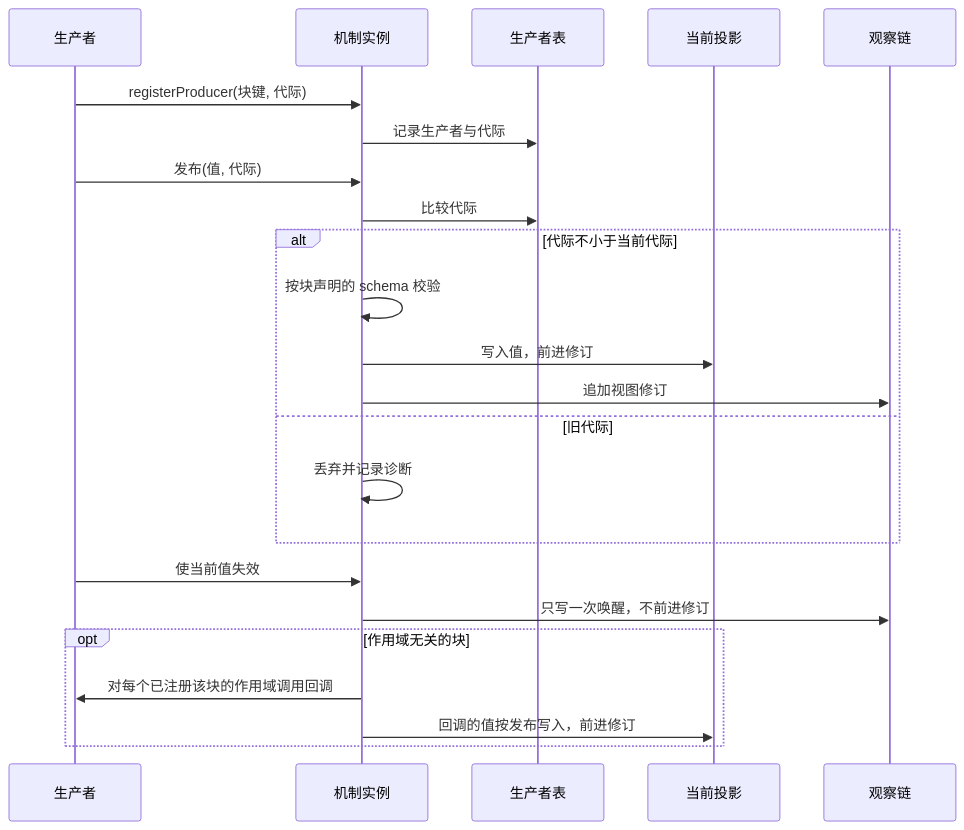
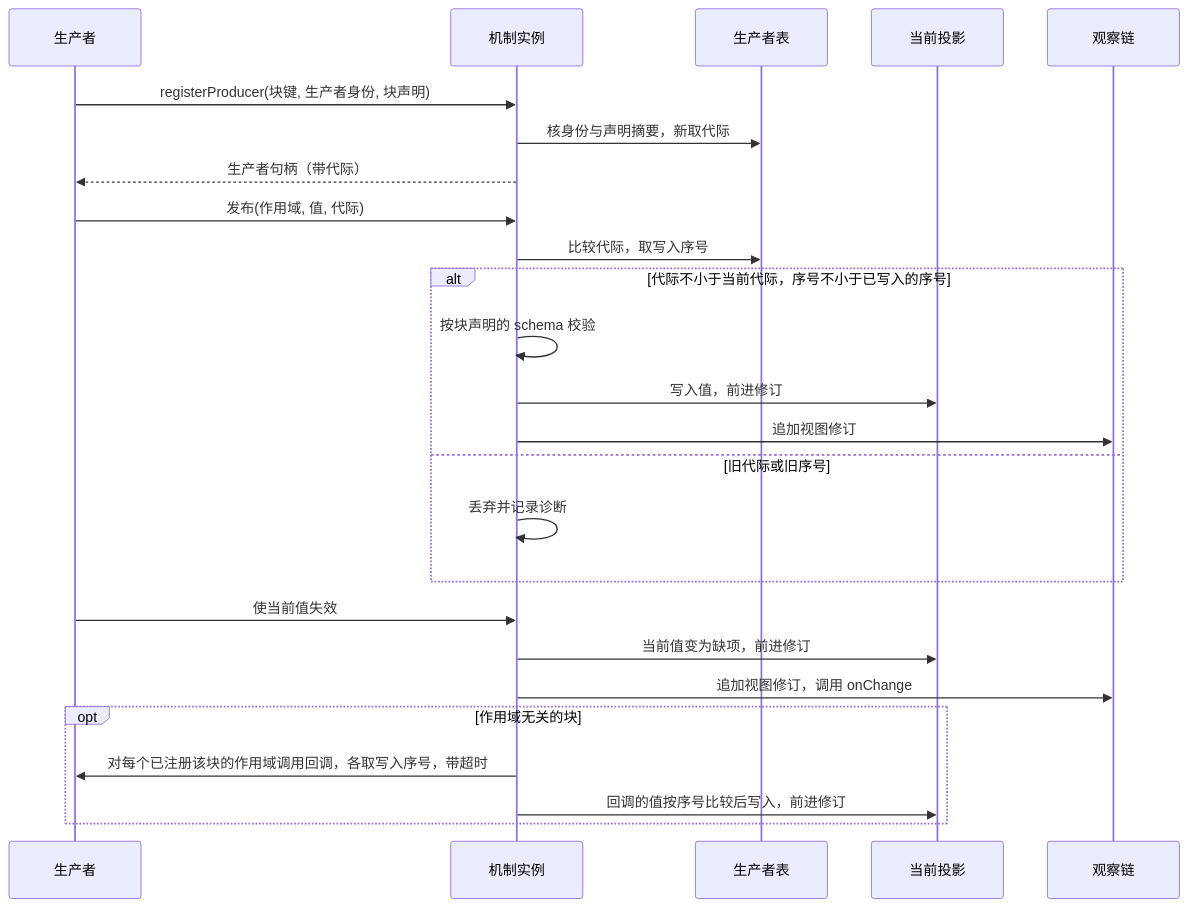
One commit to nemori-ai/omne-harness-lite changed the second of 5 diagrams in packages/context/runtime-context/docs/flows.md. Above: the diagram before and after it, drawn with Mermaid. The commit also changed other lines of this file and 68 other files, not shown here.

````diff
--- a/packages/context/runtime-context/docs/flows.md
+++ b/packages/context/runtime-context/docs/flows.md
@@ -45,25 +56,27 @@
 ```mermaid
 sequenceDiagram
   participant P as 生产者
   participant M as 机制实例
   participant PT as 生产者表
   participant Proj as 当前投影
   participant Obs as 观察链
-  P->>M: registerProducer(块键, 代际)
-  M->>PT: 记录生产者与代际
-  P->>M: 发布(值, 代际)
-  M->>PT: 比较代际
-  alt 代际不小于当前代际
+  P->>M: registerProducer(块键, 生产者身份, 块声明)
+  M->>PT: 核身份与声明摘要，新取代际
+  M-->>P: 生产者句柄（带代际）
+  P->>M: 发布(作用域, 值, 代际)
+  M->>PT: 比较代际，取写入序号
+  alt 代际不小于当前代际，序号不小于已写入的序号
     M->>M: 按块声明的 schema 校验
     M->>Proj: 写入值，前进修订
     M->>Obs: 追加视图修订
-  else 旧代际
+  else 旧代际或旧序号
     M->>M: 丢弃并记录诊断
   end
   P->>M: 使当前值失效
-  M->>Obs: 只写一次唤醒，不前进修订
+  M->>Proj: 当前值变为缺项，前进修订
+  M->>Obs: 追加视图修订，调用 onChange
   opt 作用域无关的块
-    M->>P: 对每个已注册该块的作用域调用回调
-    M->>Proj: 回调的值按发布写入，前进修订
+    M->>P: 对每个已注册该块的作用域调用回调，各取写入序号，带超时
+    M->>Proj: 回调的值按序号比较后写入，前进修订
   end
 ```
````
